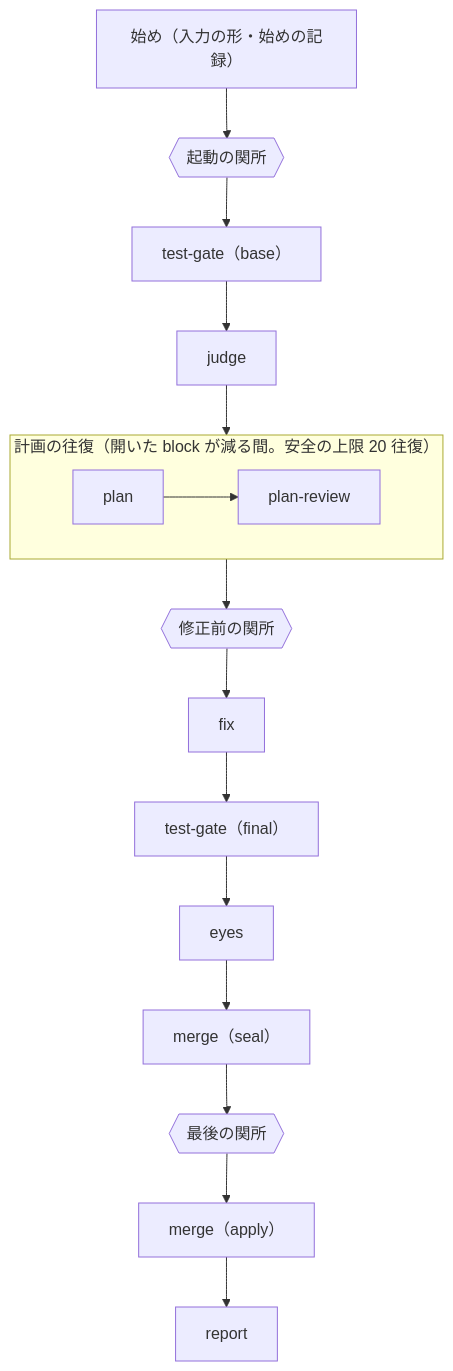
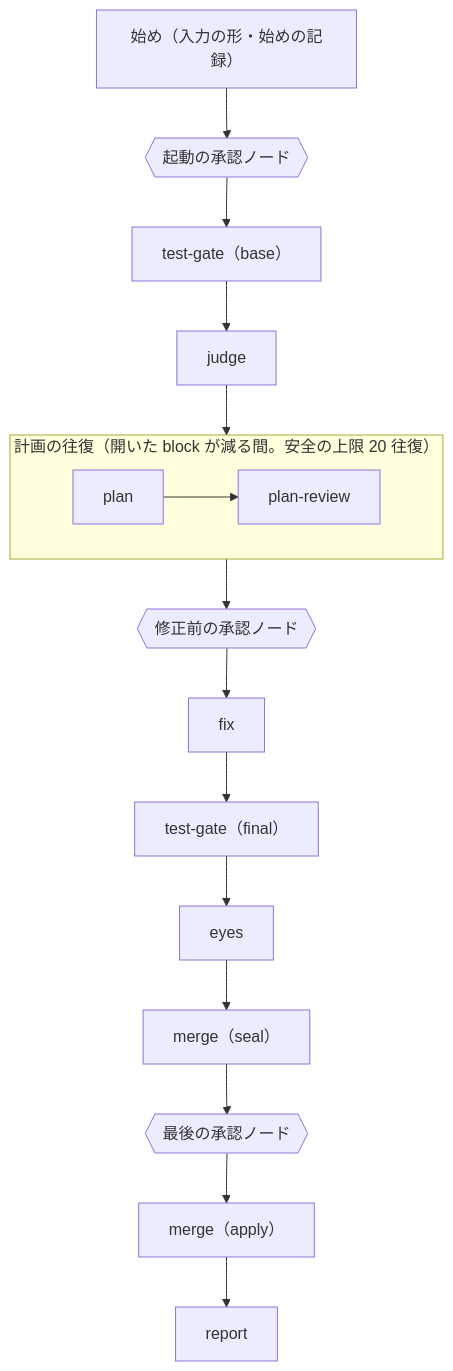
One commit to raiki61/works-factory changed the second of 2 diagrams in docs/design.md. Above: the diagram before and after it, drawn with Mermaid. The commit also changed other lines of this file and 187 other files, not shown here.

````diff
--- a/docs/design.md
+++ b/docs/design.md
@@ -87,18 +94,18 @@
 ```mermaid
 flowchart TB
-  start["始め（入力の形・始めの記録）"] --> g1{{"起動の関所"}}
+  start["始め（入力の形・始めの記録）"] --> g1{{"起動の承認ノード"}}
   g1 --> tb["test-gate（base）"]
   tb --> judge
   judge --> loopP
   subgraph loopP["計画の往復（開いた block が減る間。安全の上限 20 往復）"]
     plan --> pr["plan-review"]
   end
-  loopP --> g2{{"修正前の関所"}}
+  loopP --> g2{{"修正前の承認ノード"}}
   g2 --> fix
   fix --> tf["test-gate（final）"]
   tf --> eyes
   eyes --> ms["merge（seal）"]
-  ms --> g3{{"最後の関所"}}
+  ms --> g3{{"最後の承認ノード"}}
   g3 --> ma["merge（apply）"]
   ma --> report
 ```
````
